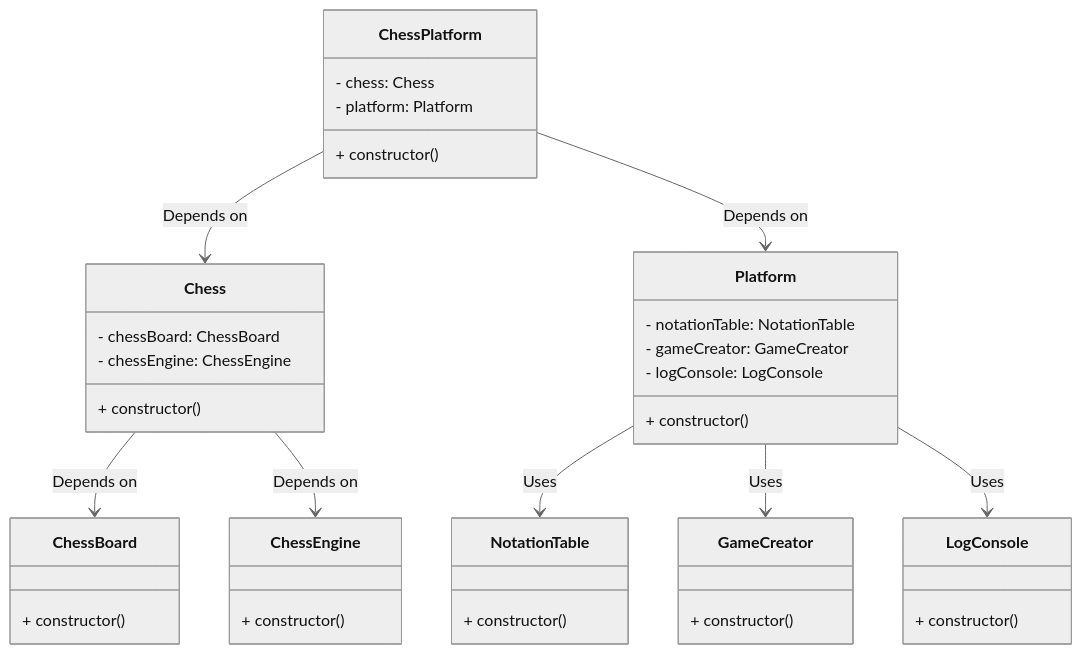
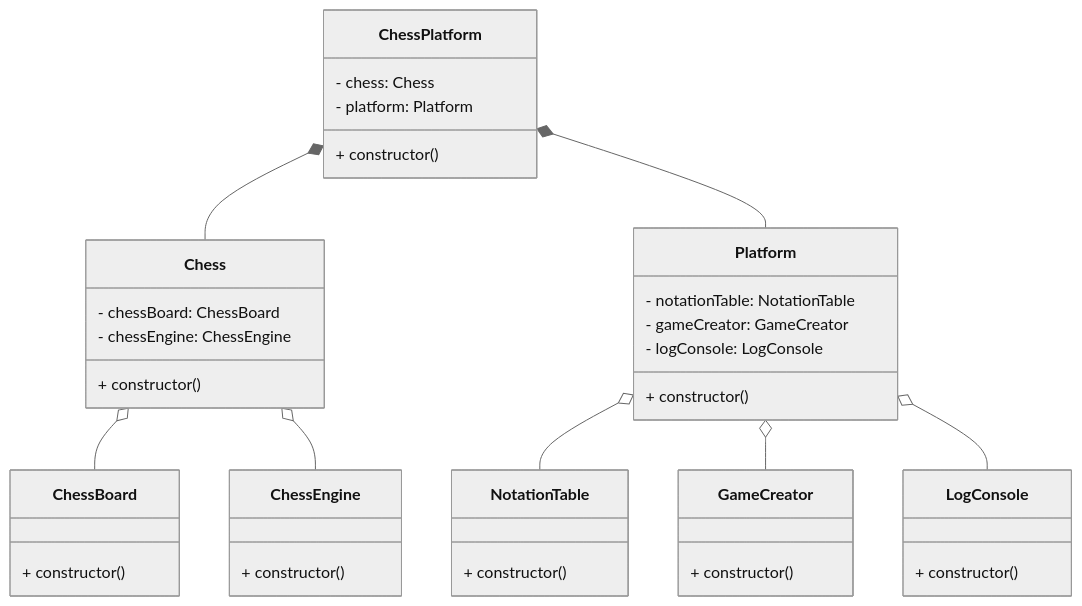
Before and after one commit to SuperLogic-stack/chess-arena: the diagram in README.md, drawn with Mermaid (neutral theme).

````diff
--- a/README.md
+++ b/README.md
@@ -80,43 +80,43 @@
 ```mermaid
 classDiagram
   class ChessPlatform {
     - chess: Chess
     - platform: Platform
     + constructor()
   }
   class Chess {
     - chessBoard: ChessBoard
     - chessEngine: ChessEngine
     + constructor()
   }
   class ChessEngine {
     + constructor()
   }
   class ChessBoard {
     + constructor()
   }
   class Platform {
     - notationTable: NotationTable
     - gameCreator: GameCreator
     - logConsole: LogConsole
     + constructor()
   }
   class NotationTable {
     + constructor()
   }
   class GameCreator {
     + constructor()
   }
   class LogConsole {
     + constructor()
   }
 
-  ChessPlatform --> Chess : Depends on
-  ChessPlatform --> Platform : Depends on
-  Chess --> ChessBoard : Depends on
-  Chess --> ChessEngine : Depends on
-  Platform --> NotationTable : Uses
-  Platform --> GameCreator : Uses 
-  Platform --> LogConsole : Uses
+  ChessPlatform *-- Chess
+  ChessPlatform *-- Platform
+  Chess o-- ChessBoard
+  Chess o-- ChessEngine
+  Platform o-- NotationTable
+  Platform o-- GameCreator
+  Platform o-- LogConsole
 
 ```
````
